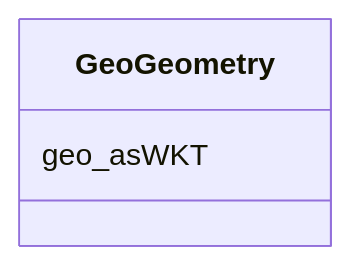
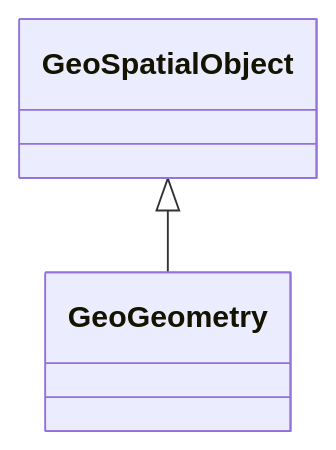
Before and after one commit to frink-okn/graph-descriptions: the diagram in soc-kg/classes/GeoGeometry.md, drawn with Mermaid. The commit also changed other lines of this file and 1136 other files, not shown here.

````diff
--- a/soc-kg/classes/GeoGeometry.md
+++ b/soc-kg/classes/GeoGeometry.md
@@ -23,8 +23,9 @@
 ```mermaid
  classDiagram
     class GeoGeometry
     click GeoGeometry href "../GeoGeometry"
-      GeoGeometry : geo_asWKT
-        
+      GeoSpatialObject <|-- GeoGeometry
+        click GeoSpatialObject href "../GeoSpatialObject"
+      
       
 ```
````
